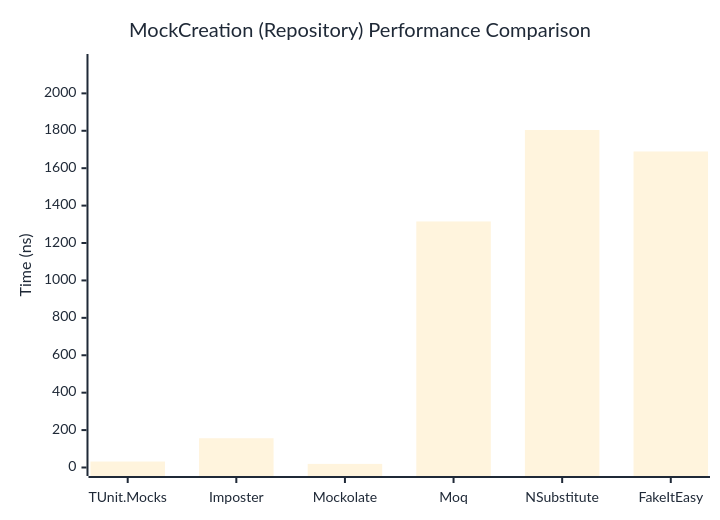
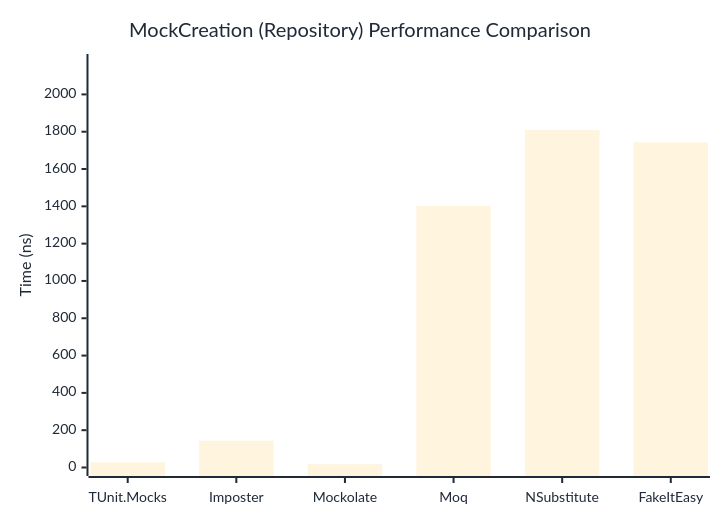
Before and after one commit to thomhurst/TUnit: the second of 2 diagrams in docs/docs/benchmarks/mocks/MockCreation.md, drawn with Mermaid. The commit also changed other lines of this file and 14 other files, not shown here.

````diff
--- a/docs/docs/benchmarks/mocks/MockCreation.md
+++ b/docs/docs/benchmarks/mocks/MockCreation.md
@@ -71,27 +71,27 @@
 ```mermaid
 %%{init: {
   'theme':'base',
   'themeVariables': {
     'primaryColor': '#2563eb',
     'primaryTextColor': '#1f2937',
     'primaryBorderColor': '#1e40af',
     'lineColor': '#6b7280',
     'secondaryColor': '#7c3aed',
     'tertiaryColor': '#dc2626',
     'background': '#ffffff',
     'pie1': '#2563eb',
     'pie2': '#7c3aed',
     'pie3': '#dc2626',
     'pie4': '#f59e0b',
     'pie5': '#10b981',
     'pie6': '#06b6d4',
     'pie7': '#ec4899',
     'pie8': '#6366f1'
   }
 }}%%
 xychart-beta
   title "MockCreation (Repository) Performance Comparison"
   x-axis ["TUnit.Mocks", "Imposter", "Mockolate", "Moq", "NSubstitute", "FakeItEasy"]
-  y-axis "Time (ns)" 0 --> 2165
-  bar [31.93, 156.44, 19.2, 1315.37, 1804.07, 1689.29]
+  y-axis "Time (ns)" 0 --> 2171
+  bar [27.85, 143.62, 17.29, 1403.09, 1808.71, 1743.17]
 ```
````
